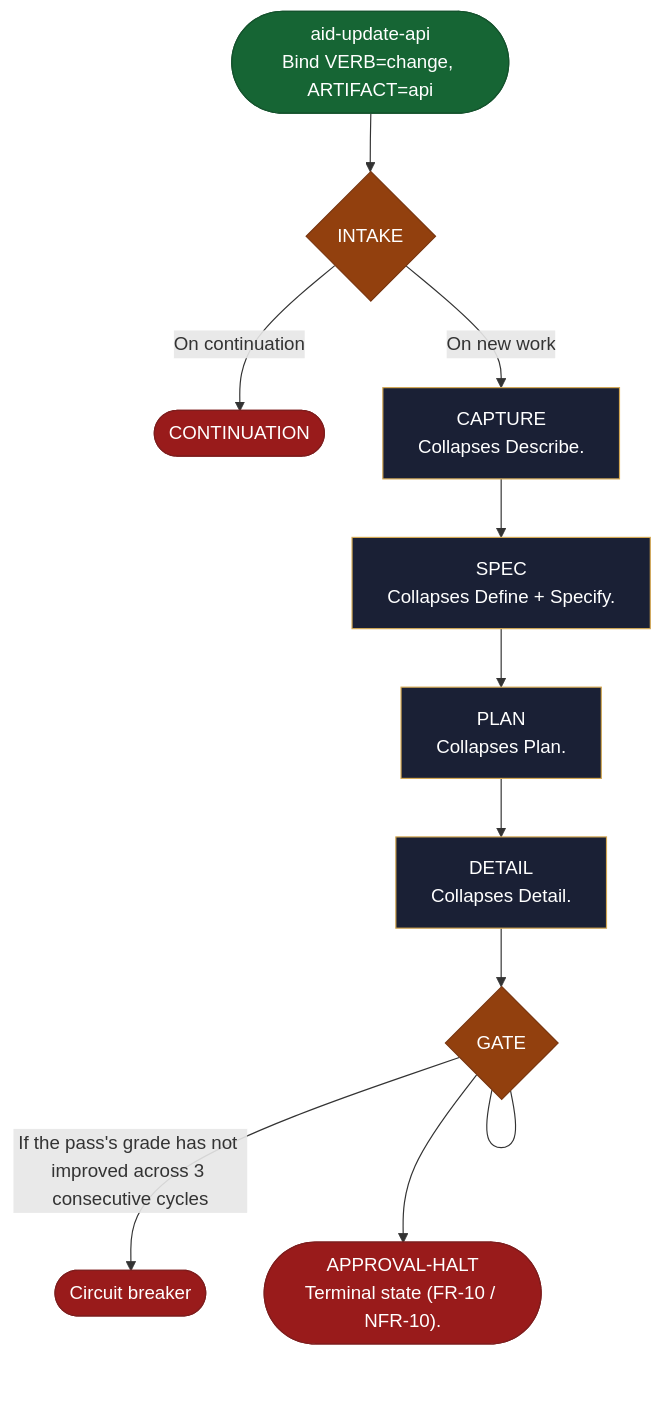
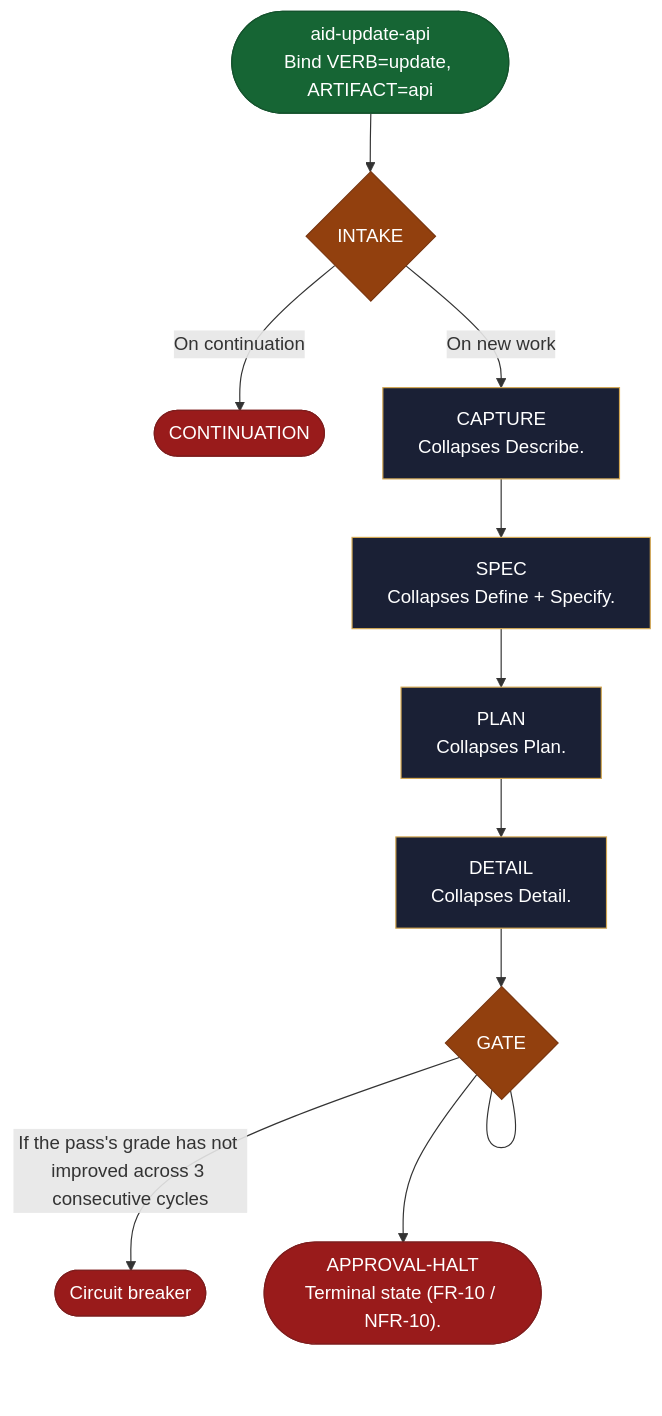
The diagram in site/src/content/docs/skills/aid-update-api.md (AndreVianna/aid-methodology), drawn with Mermaid before and after one commit. The commit also changed other lines of this file and 99 other files, not shown here.

````diff
--- a/site/src/content/docs/skills/aid-update-api.md
+++ b/site/src/content/docs/skills/aid-update-api.md
@@ -20,49 +20,49 @@
 ```mermaid
 flowchart TB
   classDef aidNode color:#fff
   classDef aidEntry fill:#166534,stroke:#14532d,color:#fff
   classDef aidExit fill:#991b1b,stroke:#7f1d1d,color:#fff
   classDef aidDecision fill:#92400e,stroke:#78350f,color:#fff
   classDef aidLoopBack fill:#1e3a8a,stroke:#1e3a8a,color:#fff
   classDef aidStep fill:#1a2035,stroke:#d4a853,color:#f1f5f9
-  n1(["aid-update-api<br/>Bind VERB=change, ARTIFACT=api"])
+  n1(["aid-update-api<br/>Bind VERB=update, ARTIFACT=api"])
   n2{"INTAKE"}
   n3(["CONTINUATION"])
   n4["CAPTURE<br/>Collapses Describe."]
   n5["SPEC<br/>Collapses Define + Specify."]
   n6["PLAN<br/>Collapses Plan."]
   n7["DETAIL<br/>Collapses Detail."]
   n8{"GATE"}
   n9(["Circuit breaker"])
   n10(["APPROVAL-HALT<br/>Terminal state (FR-10 / NFR-10)."])
   n1 --> n2
   n2 -->|"On continuation"| n3
   n2 -->|"On new work"| n4
   n4 --> n5
   n5 --> n6
   n6 --> n7
   n7 --> n8
   n8 --- n8
   n8 -->|"If the pass's grade has not improved across 3 consecutive cycles"| n9
   n8 --> n10
   class n1 aidEntry
   class n2 aidDecision
   class n3 aidExit
   class n4 aidStep
   class n5 aidStep
   class n6 aidStep
   class n7 aidStep
   class n8 aidDecision
   class n9 aidExit
   class n10 aidExit
   class n1 aidNode
   class n2 aidNode
   class n3 aidNode
   class n4 aidNode
   class n5 aidNode
   class n6 aidNode
   class n7 aidNode
   class n8 aidNode
   class n9 aidNode
   class n10 aidNode
 ```
````
